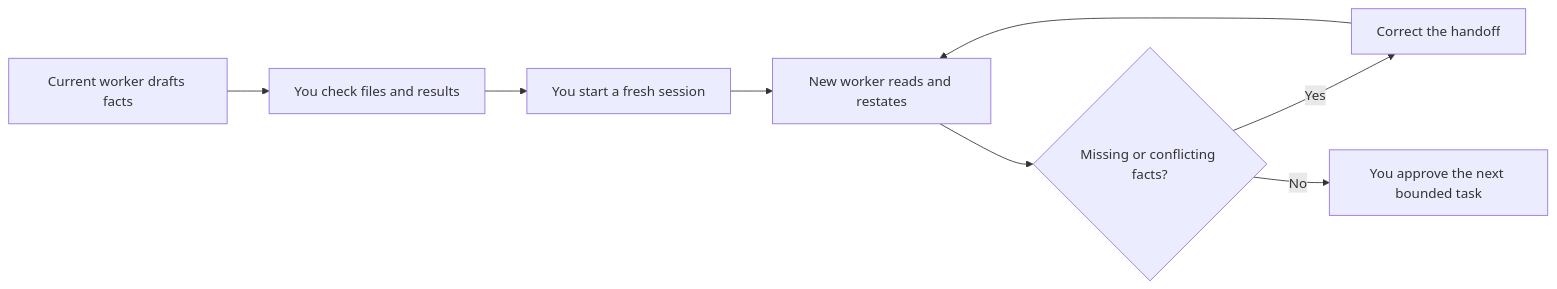
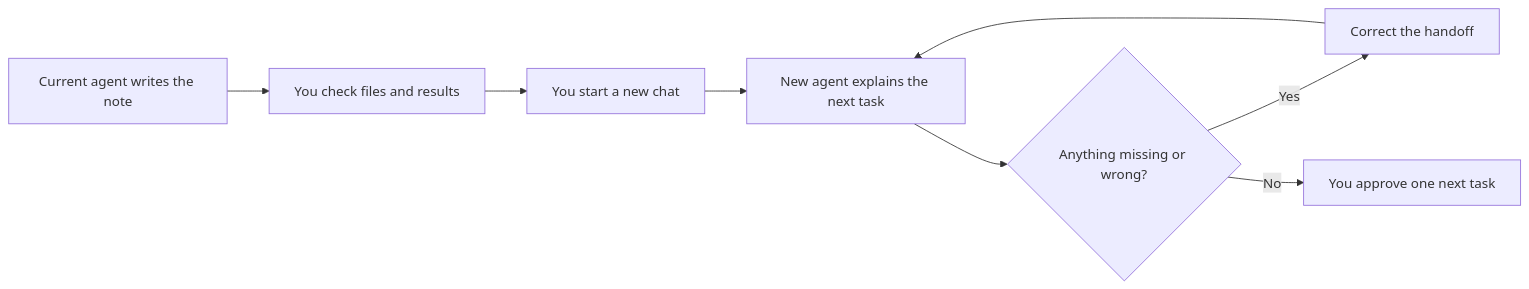
The diagram in lab/handoff-fresh-session.md (cristianandfriends/say-it-then-ship-it), drawn with Mermaid before and after one commit. The commit also changed other lines of this file and 12 other files, not shown here.

````diff
--- a/lab/handoff-fresh-session.md
+++ b/lab/handoff-fresh-session.md
@@ -26,12 +26,12 @@
 ```mermaid
 flowchart LR
     accTitle: Move checked context into a fresh session
     accDescr: The current worker drafts a handoff. You check its claims against project files and results, then start a fresh session. The new worker reads and restates the task. You correct missing facts before approving edits.
-    draft["Current worker drafts facts"] --> verify["You check files and results"]
-    verify --> fresh["You start a fresh session"]
-    fresh --> read["New worker reads and restates"]
-    read --> gap{"Missing or conflicting facts?"}
+    draft["Current agent writes the note"] --> verify["You check files and results"]
+    verify --> fresh["You start a new chat"]
+    fresh --> read["New agent explains the next task"]
+    read --> gap{"Anything missing or wrong?"}
     gap -->|Yes| correct["Correct the handoff"]
     correct --> read
-    gap -->|No| approve["You approve the next bounded task"]
+    gap -->|No| approve["You approve one next task"]
 ```
````
